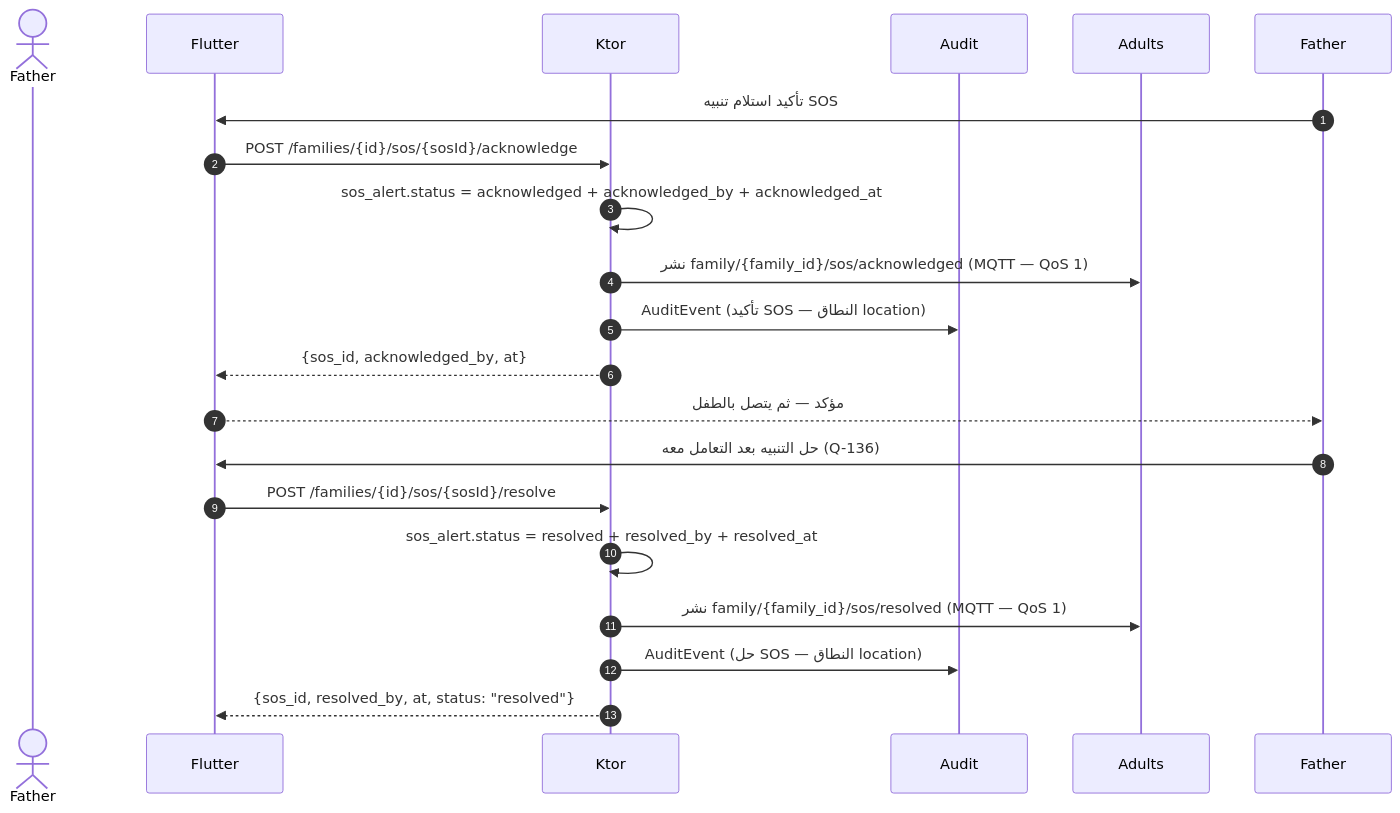
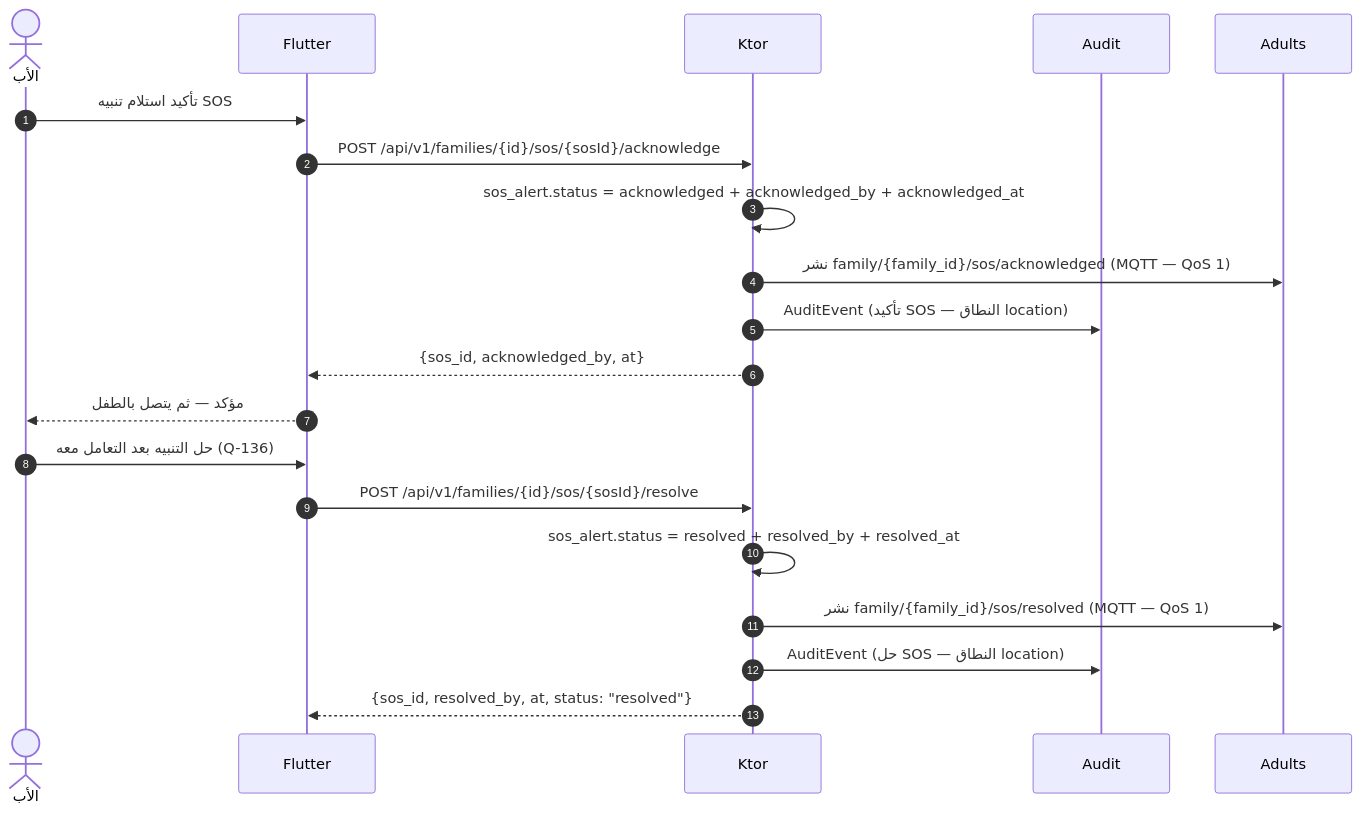
One commit to Bassam-mohammed-alqaeadi/family-os-v2 changed the seventh of 13 diagrams in docs/family-os/governance/phases/phase-1/S1-07-location-basic/DIAGRAMS.md. Above: the diagram before and after it, drawn with Mermaid. The commit also changed other lines of this file and 10 other files, not shown here.

Commit message:
إغلاق المراجعة الشاملة R1–R5 (Q-196…Q-231) — المخططات DIAGRAMS + خريطة السياق (2/4)

````diff
--- a/docs/family-os/governance/phases/phase-1/S1-07-location-basic/DIAGRAMS.md
+++ b/docs/family-os/governance/phases/phase-1/S1-07-location-basic/DIAGRAMS.md
@@ -254,22 +253,22 @@
 ```mermaid
 sequenceDiagram
     autonumber
-    actor الأب as Father
+    actor Father as الأب
     participant التطبيق as Flutter
     participant الخادم as Ktor
     participant التدقيق as Audit
     participant البالغون as Adults
     Father->>التطبيق: تأكيد استلام تنبيه SOS
-    التطبيق->>الخادم: POST /families/{id}/sos/{sosId}/acknowledge
+    التطبيق->>الخادم: POST /api/v1/families/{id}/sos/{sosId}/acknowledge
     الخادم->>الخادم: sos_alert.status = acknowledged + acknowledged_by + acknowledged_at
     الخادم->>البالغون: نشر family/{family_id}/sos/acknowledged (MQTT — QoS 1)
     الخادم->>التدقيق: AuditEvent (تأكيد SOS — النطاق location)
     الخادم-->>التطبيق: {sos_id, acknowledged_by, at}
     التطبيق-->>Father: مؤكد — ثم يتصل بالطفل
     Father->>التطبيق: حل التنبيه بعد التعامل معه (Q-136)
-    التطبيق->>الخادم: POST /families/{id}/sos/{sosId}/resolve
+    التطبيق->>الخادم: POST /api/v1/families/{id}/sos/{sosId}/resolve
     الخادم->>الخادم: sos_alert.status = resolved + resolved_by + resolved_at
     الخادم->>البالغون: نشر family/{family_id}/sos/resolved (MQTT — QoS 1)
     الخادم->>التدقيق: AuditEvent (حل SOS — النطاق location)
     الخادم-->>التطبيق: {sos_id, resolved_by, at, status: "resolved"}
 ```
````
